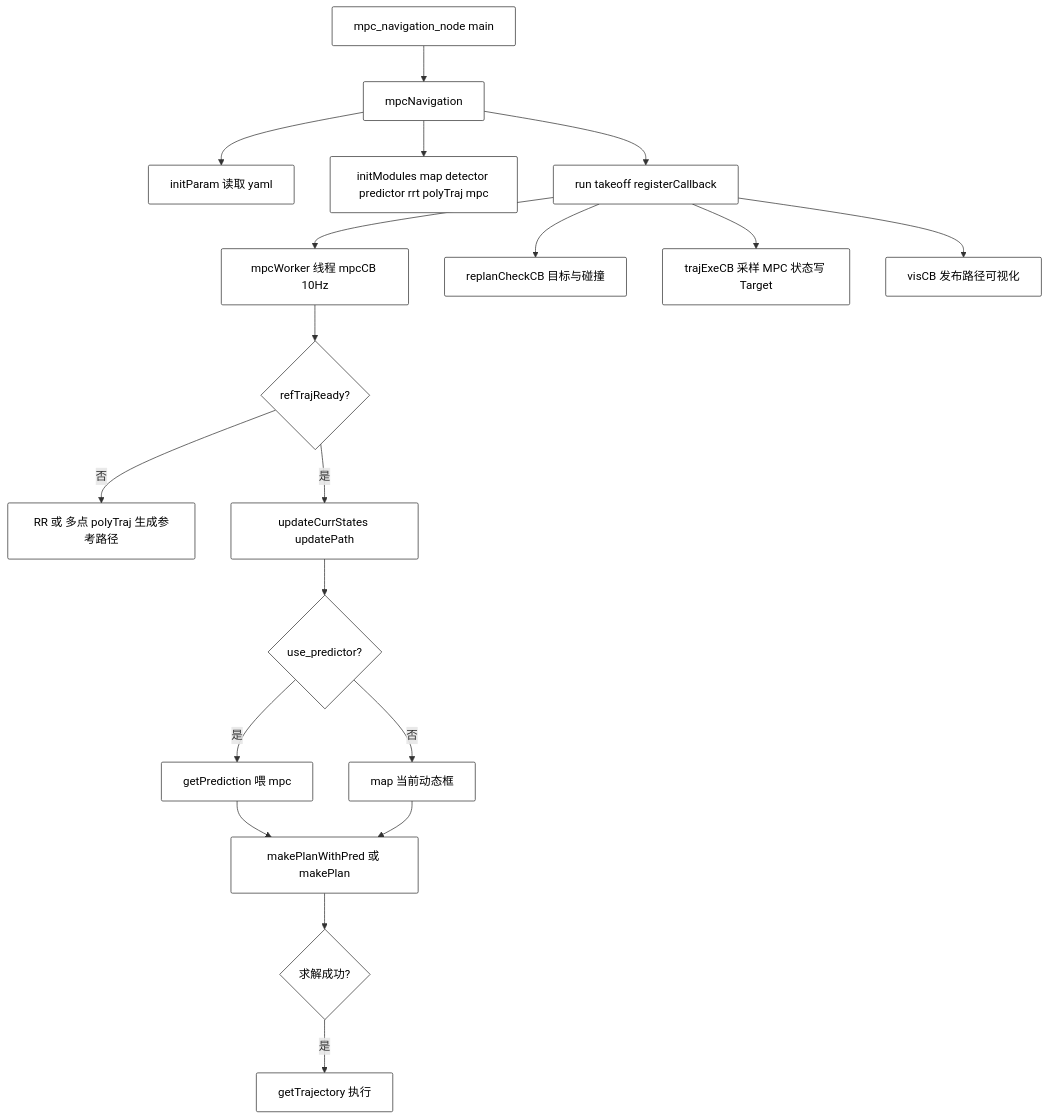
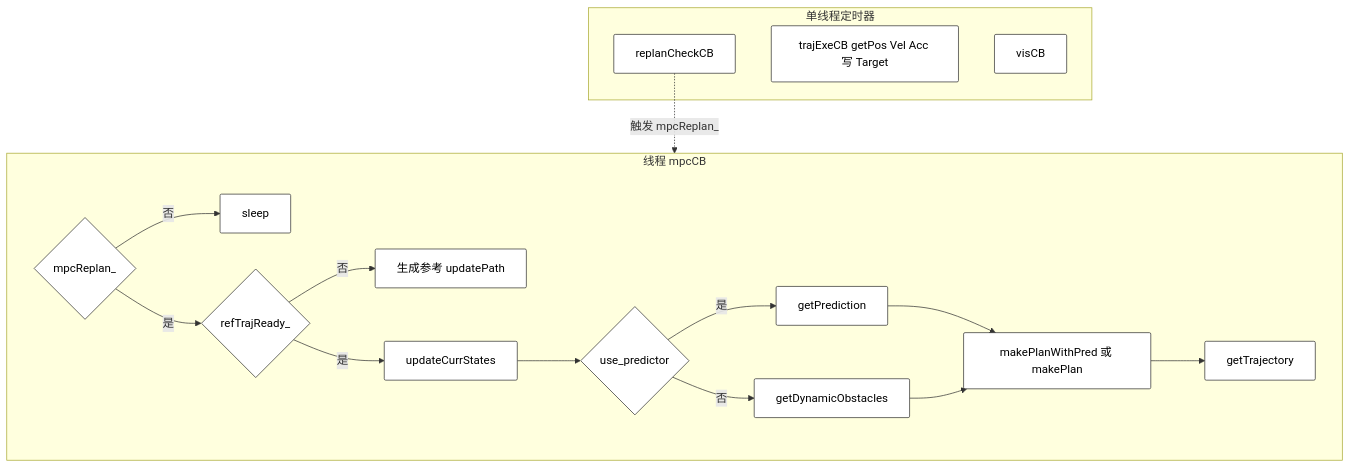
One commit to KwanWaiPang/KwanWaiPang.github.io changed the third of 11 diagrams in _posts/2026-05-02-Intent-MPC.md. Above: the diagram before and after it, drawn with Mermaid. The commit also changed other lines of this file, not shown here.

```diff
--- a/_posts/2026-05-02-Intent-MPC.md
+++ b/_posts/2026-05-02-Intent-MPC.md
@@ -114,23 +124,26 @@
 <div class="mermaid" style="display: flex; justify-content: center; width: 90%; margin: 0 auto;">
 graph TD
     classDef default fill:#fff,stroke:#333,stroke-width:1px,color:#000,rx:2,ry:2;
 
-    M[mpc_navigation_node main] --> N[mpcNavigation]
-    N --> P[initParam 读取 yaml]
-    N --> I[initModules map detector predictor rrt polyTraj mpc]
-    N --> R[run takeoff registerCallback]
-    R --> W[mpcWorker 线程 mpcCB 10Hz]
-    R --> T1[replanCheckCB 目标与碰撞]
-    R --> T2[trajExeCB 采样 MPC 状态写 Target]
-    R --> T3[visCB 发布路径可视化]
-    W --> C{refTrajReady?}
-    C -- 否 --> G[RR 或 多点 polyTraj 生成参考路径]
-    C -- 是 --> U[updateCurrStates updatePath]
-    U --> PR{use_predictor?}
-    PR -- 是 --> GP[getPrediction 喂 mpc]
-    PR -- 否 --> DO[map 当前动态框]
-    GP --> MP[makePlanWithPred 或 makePlan]
-    DO --> MP
-    MP --> OK{求解成功?}
-    OK -- 是 --> TR[getTrajectory 执行]
+    subgraph timers [单线程定时器]
+        RC[replanCheckCB]
+        TE[trajExeCB getPos Vel Acc 写 Target]
+        VI[visCB]
+    end
+
+    subgraph worker [线程 mpcCB]
+        E{mpcReplan_}
+        E -->|否| SL[sleep]
+        E -->|是| R1{refTrajReady_}
+        R1 -->|否| REF[生成参考 updatePath]
+        R1 -->|是| UC[updateCurrStates]
+        UC --> PRED{use_predictor}
+        PRED -->|是| GP[getPrediction]
+        PRED -->|否| GD[getDynamicObstacles]
+        GP --> SOL[makePlanWithPred 或 makePlan]
+        GD --> SOL
+        SOL --> GH[getTrajectory]
+    end
+
+    RC -. 触发 mpcReplan_ .-> worker
 </div>
```
